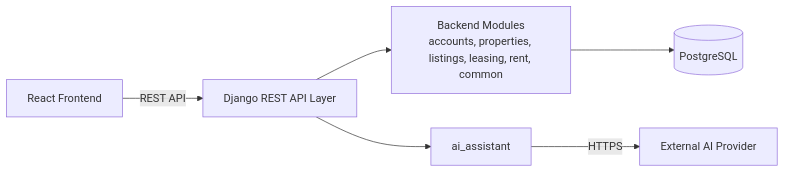
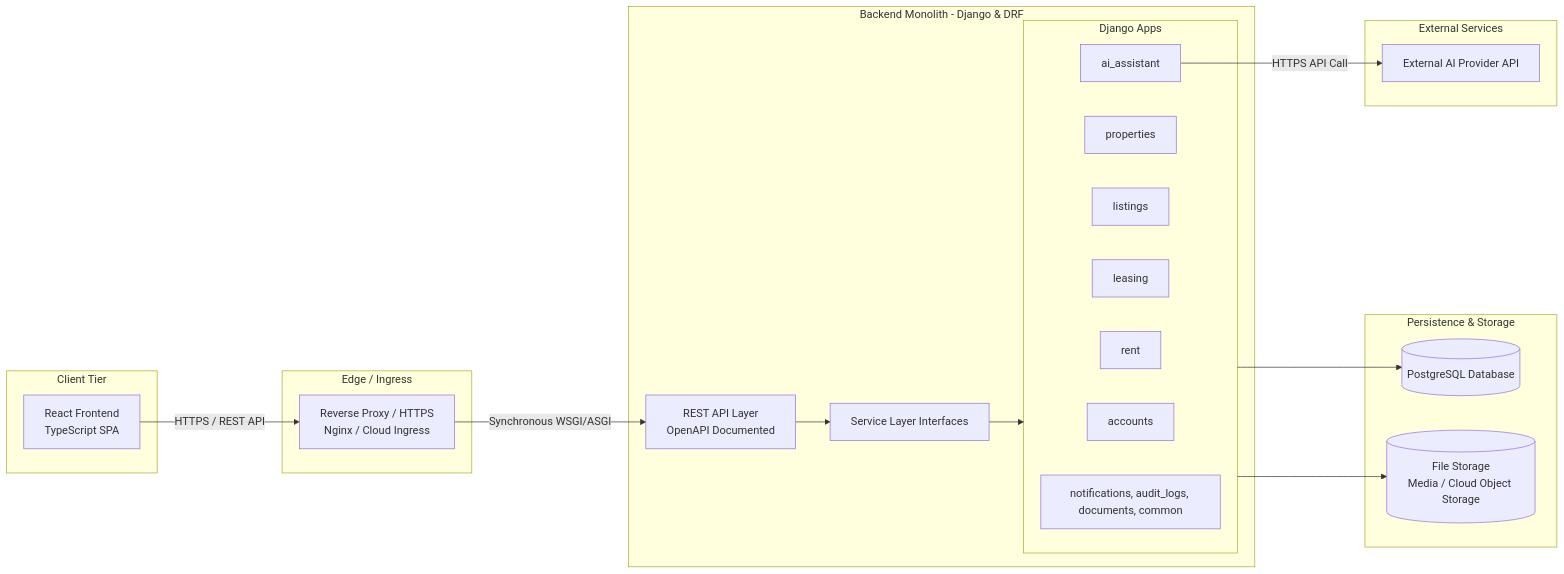
Before and after one commit to Morfomec/proptech-platform: the diagram in docs/system-architecture.md, drawn with Mermaid. The commit also changed other lines of this file and 5 other files, not shown here.

````diff
--- a/docs/system-architecture.md
+++ b/docs/system-architecture.md
@@ -10,8 +10,42 @@
 ```mermaid
 graph LR
-    Frontend[React Frontend] -->|REST API| API[Django REST API Layer]
-    API --> Modules[Backend Modules<br>accounts, properties, listings, leasing, rent, common]
-    API --> AIModule[ai_assistant]
-    Modules --> DB[(PostgreSQL)]
-    AIModule -->|HTTPS| AIProvider[External AI Provider]
+    subgraph Client [Client Tier]
+        Frontend[React Frontend<br>TypeScript SPA]
+    end
+
+    subgraph Edge [Edge / Ingress]
+        Proxy[Reverse Proxy / HTTPS<br>Nginx / Cloud Ingress]
+    end
+
+    subgraph Backend [Backend Monolith - Django & DRF]
+        API[REST API Layer<br>OpenAPI Documented]
+        Services[Service Layer Interfaces]
+
+        subgraph Modules [Django Apps]
+            Accounts[accounts]
+            Properties[properties]
+            Listings[listings]
+            Leasing[leasing]
+            Rent[rent]
+            AIModule[ai_assistant]
+            Shared[notifications, audit_logs, documents, common]
+        end
+    end
+
+    subgraph Storage [Persistence & Storage]
+        DB[(PostgreSQL Database)]
+        FileStore[(File Storage<br>Media / Cloud Object Storage)]
+    end
+
+    subgraph External [External Services]
+        AIProvider[External AI Provider API]
+    end
+
+    Frontend -->|HTTPS / REST API| Proxy
+    Proxy -->|Synchronous WSGI/ASGI| API
+    API --> Services
+    Services --> Modules
+    Modules --> DB
+    Modules --> FileStore
+    AIModule -->|HTTPS API Call| AIProvider
 ```
````
